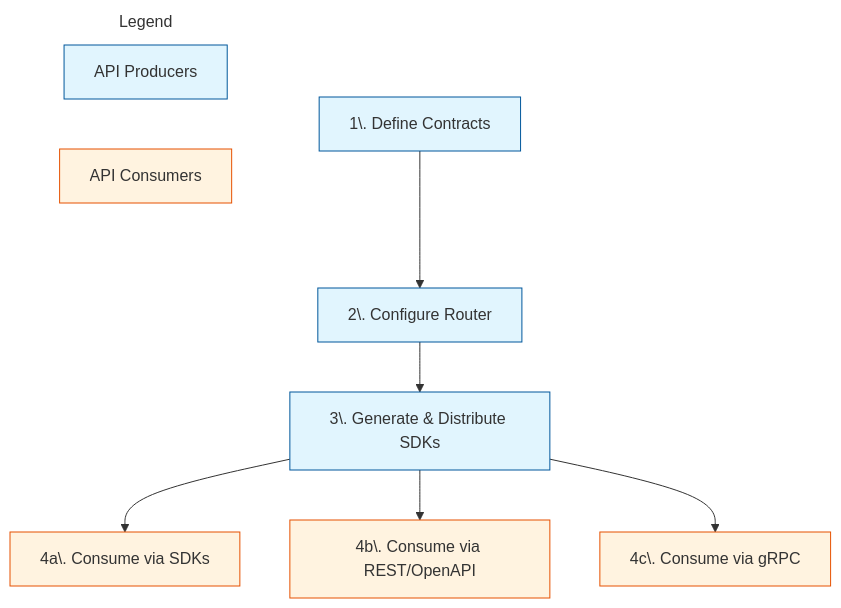
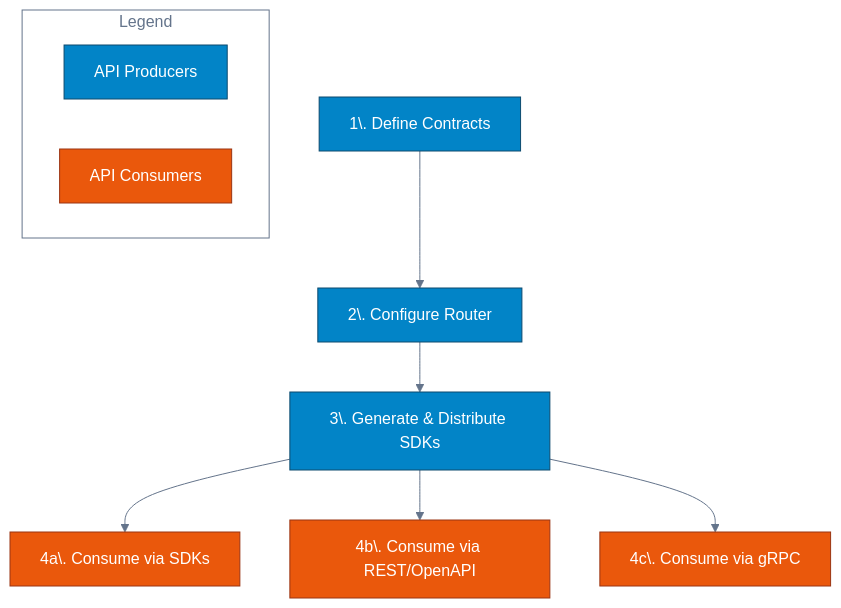
One commit to wundergraph/cosmo-docs changed the diagram in docs/connect/api-consumption/overview.mdx. Above: the diagram before and after it, drawn with Mermaid.

Commit message:
fix: diagram works in light and dark mode

````diff
--- a/docs/connect/api-consumption/overview.mdx
+++ b/docs/connect/api-consumption/overview.mdx
@@ -182,30 +182,31 @@
 ```mermaid
+%%{init: {'theme':'base', 'themeVariables': { 'primaryColor':'#0284c7','primaryTextColor':'#fff','primaryBorderColor':'#0c4a6e','lineColor':'#64748b','secondaryColor':'#ea580c','secondaryTextColor':'#fff','secondaryBorderColor':'#9a3412','tertiaryColor':'#1e293b','tertiaryTextColor':'#e2e8f0','tertiaryBorderColor':'#475569','clusterBkg':'transparent','clusterBorder':'#64748b','titleColor':'#64748b'}}}%%
 flowchart TB
     A[1\. Define Contracts] --> B[2\. Configure Router]
     B --> C[3\. Generate & Distribute SDKs]
     C --> D[4a\. Consume via SDKs]
     C --> E[4b\. Consume via REST/OpenAPI]
     C --> F[4c\. Consume via gRPC]
 
     subgraph Legend
         L1[API Producers]
         L2[API Consumers]
     end
 
     click A "/connect/api-consumption/produce-define-contracts" "Go to Define Contracts"
     click B "/connect/api-consumption/produce-configure-router" "Go to Configure Router"
     click C "/connect/api-consumption/produce-generate-distribute-sdks" "Go to Generate & Distribute SDKs"
     click D "/connect/api-consumption/consume-via-sdks" "Go to Consume via SDKs"
     click E "/connect/api-consumption/consume-via-rest-openapi" "Go to Consume via REST/OpenAPI"
     click F "/connect/api-consumption/consume-via-grpc" "Go to Consume via gRPC"
 
-    style A fill:#e1f5fe,stroke:#01579b
-    style B fill:#e1f5fe,stroke:#01579b
-    style C fill:#e1f5fe,stroke:#01579b
-    style D fill:#fff3e0,stroke:#e65100
-    style E fill:#fff3e0,stroke:#e65100
-    style F fill:#fff3e0,stroke:#e65100
-    style L1 fill:#e1f5fe,stroke:#01579b
-    style L2 fill:#fff3e0,stroke:#e65100
-    style Legend fill:none,stroke:none
+    style A fill:#0284c7,stroke:#0c4a6e,color:#fff
+    style B fill:#0284c7,stroke:#0c4a6e,color:#fff
+    style C fill:#0284c7,stroke:#0c4a6e,color:#fff
+    style D fill:#ea580c,stroke:#9a3412,color:#fff
+    style E fill:#ea580c,stroke:#9a3412,color:#fff
+    style F fill:#ea580c,stroke:#9a3412,color:#fff
+    style L1 fill:#0284c7,stroke:#0c4a6e,color:#fff
+    style L2 fill:#ea580c,stroke:#9a3412,color:#fff
+    style Legend fill:transparent,stroke:#64748b,color:#64748b
 ```
````
